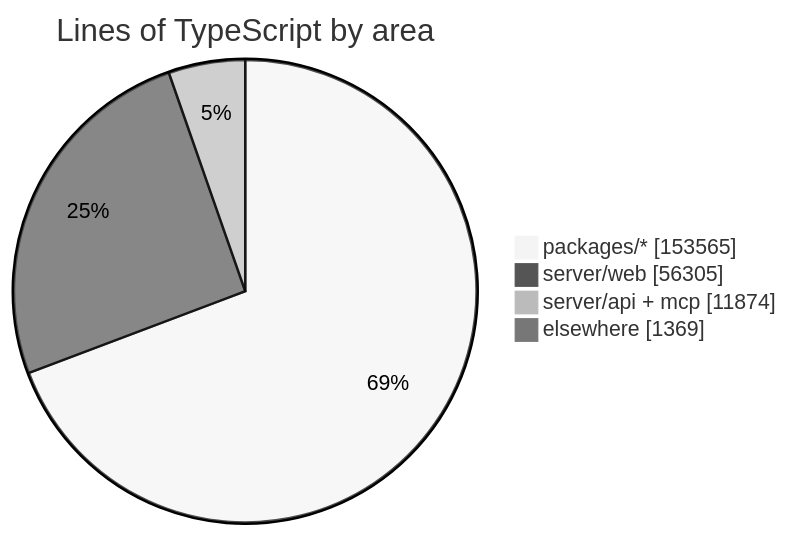
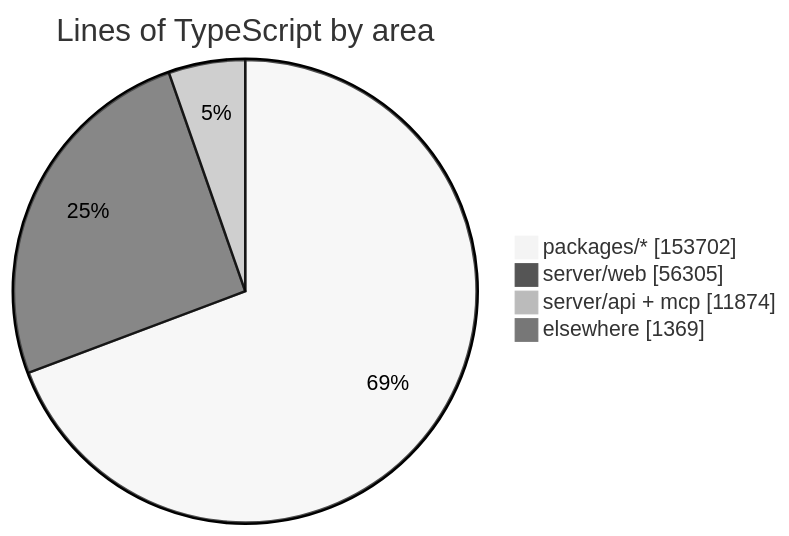
Before and after one commit to crossworks-engineering/mantle: the diagram in README.md, drawn with Mermaid (neutral theme). The commit also changed other lines of this file and 2 other files, not shown here.

````diff
--- a/README.md
+++ b/README.md
@@ -279,7 +279,7 @@
 ```mermaid
 pie showData title Lines of TypeScript by area
-    "packages/*" : 153565
+    "packages/*" : 153702
     "server/web" : 56305
     "server/api + mcp" : 11874
     "elsewhere" : 1369
 ```
````
